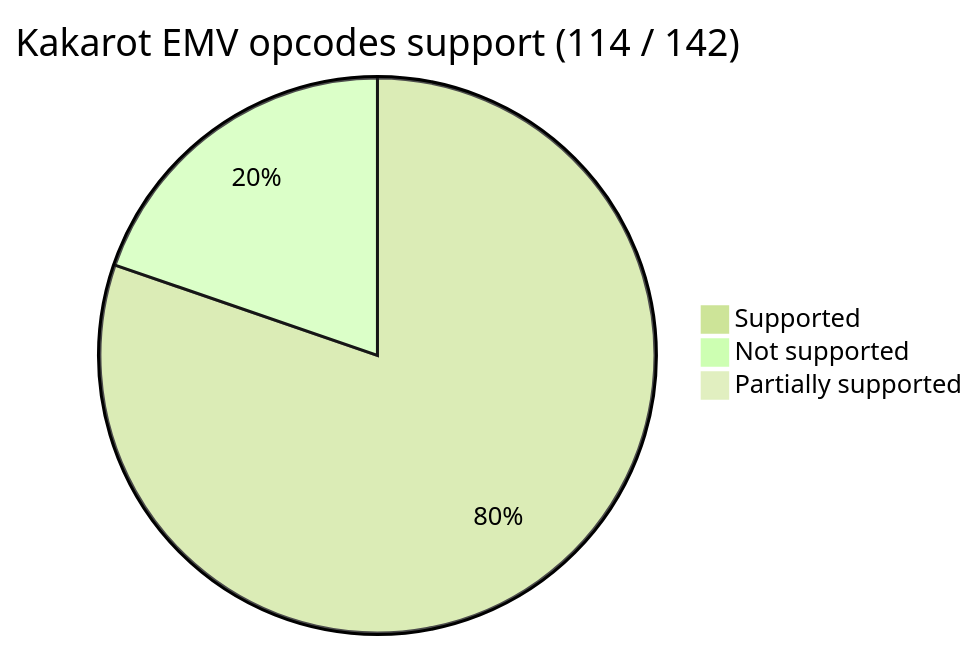
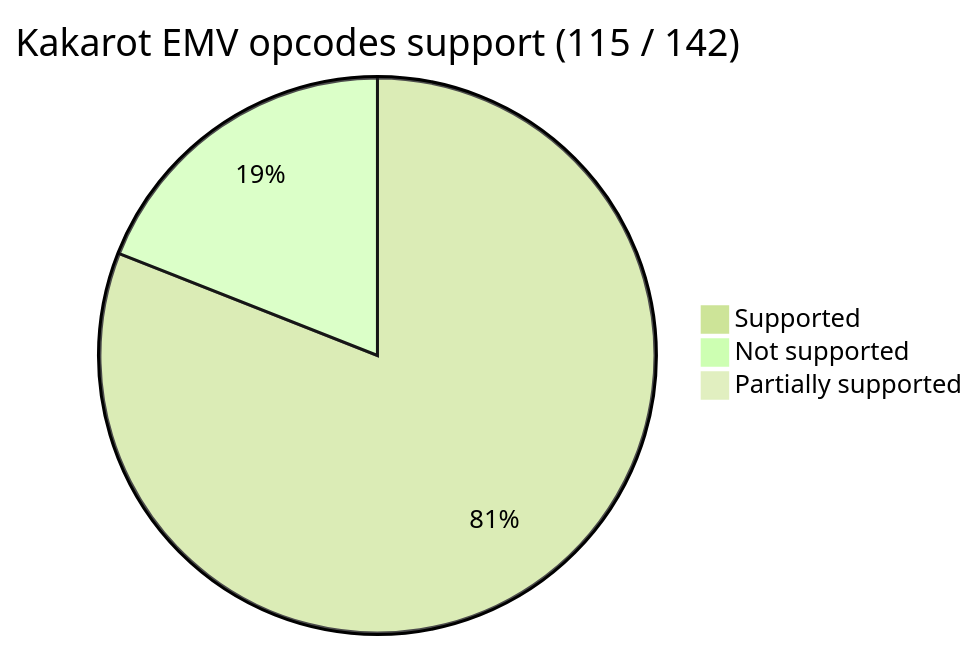
The first of 2 diagrams in README.md (kkrt-labs/kakarot), drawn with Mermaid before and after one commit. The commit also changed 8 other files, not shown here.

````diff
--- a/README.md
+++ b/README.md
@@ -38,9 +38,9 @@
 ```mermaid
 %%{init: {'theme': 'forest', 'themeVariables': { 'darkMode': 'false'}}}%%
 
-pie title Kakarot EMV opcodes support (114 / 142)
-    "Supported" : 114
-    "Not supported" : 28
+pie title Kakarot EMV opcodes support (115 / 142)
+    "Supported" : 115
+    "Not supported" : 27
 
     "Partially supported" : 0
 ```
````
